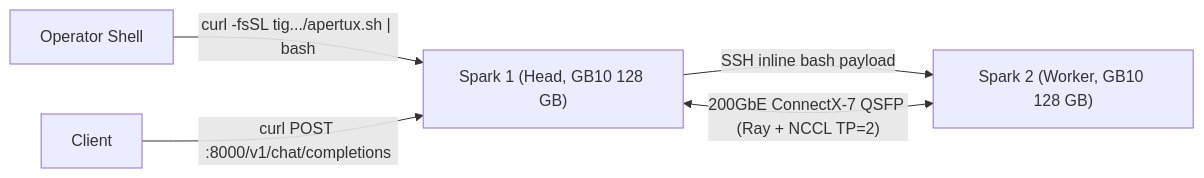
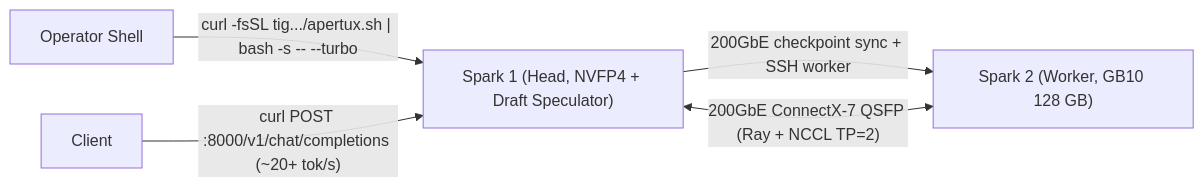
The diagram in README.md (rscircus/apertux), drawn with Mermaid before and after one commit. The commit also changed other lines of this file and 6 other files, not shown here.

````diff
--- a/README.md
+++ b/README.md
@@ -40,7 +40,7 @@
 ```mermaid
 flowchart LR
-    Operator["Operator Shell"] -->|"curl -fsSL tig.../apertux.sh | bash"| Spark1["Spark 1 (Head, GB10 128 GB)"]
-    Spark1 -->|"SSH inline bash payload"| Spark2["Spark 2 (Worker, GB10 128 GB)"]
+    Operator["Operator Shell"] -->|"curl -fsSL tig.../apertux.sh | bash -s -- --turbo"| Spark1["Spark 1 (Head, NVFP4 + Draft Speculator)"]
+    Spark1 -->|"200GbE checkpoint sync + SSH worker"| Spark2["Spark 2 (Worker, GB10 128 GB)"]
     Spark1 <-->|"200GbE ConnectX-7 QSFP (Ray + NCCL TP=2)"| Spark2
-    Client["Client"] -->|"curl POST :8000/v1/chat/completions"| Spark1
+    Client["Client"] -->|"curl POST :8000/v1/chat/completions (~20+ tok/s)"| Spark1
 ```
````
